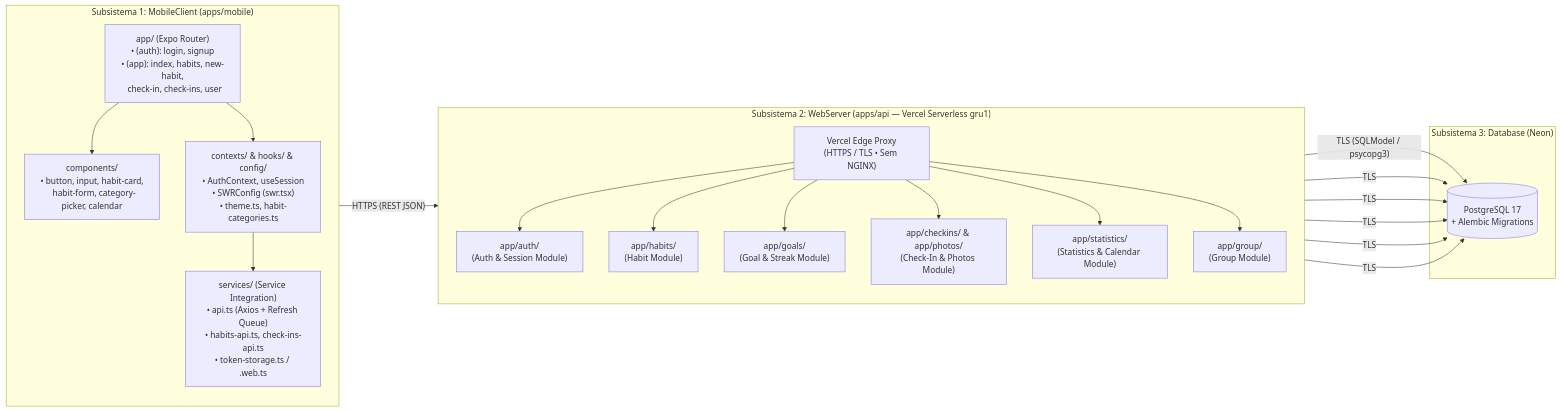
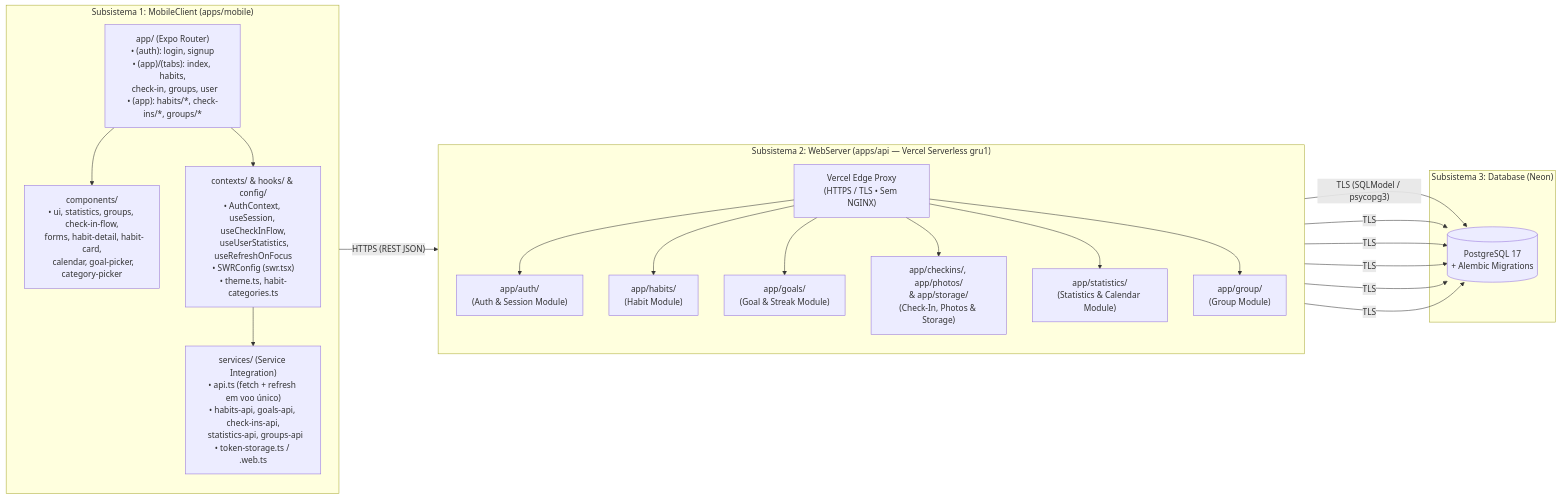
One commit to FGA0138-MDS-Ajax/2026.2-T02-Shannon changed the second of 2 diagrams in docs/arquitetura/visoes-uso-logica.md. Above: the diagram before and after it, drawn with Mermaid. The commit also changed other lines of this file and 5 other files, not shown here.

Commit message:
docs(mobile): arquitetura do mobile, cliente fetch no lugar do Axios e estrutura atual de telas

````diff
--- a/docs/arquitetura/visoes-uso-logica.md
+++ b/docs/arquitetura/visoes-uso-logica.md
@@ -64,44 +64,44 @@
 ```mermaid
 flowchart LR
     subgraph MobileClient["Subsistema 1: MobileClient (apps/mobile)"]
         direction TB
-        AppRoutes["app/ (Expo Router)\n• (auth): login, signup\n• (app): index, habits, new-habit,\n  check-in, check-ins, user"]
-        Comp["components/\n• button, input, habit-card,\n  habit-form, category-picker, calendar"]
-        HooksCtx["contexts/ & hooks/ & config/\n• AuthContext, useSession\n• SWRConfig (swr.tsx)\n• theme.ts, habit-categories.ts"]
-        Services["services/ (Service Integration)\n• api.ts (Axios + Refresh Queue)\n• habits-api.ts, check-ins-api.ts\n• token-storage.ts / .web.ts"]
+        AppRoutes["app/ (Expo Router)\n• (auth): login, signup\n• (app)/(tabs): index, habits,\n  check-in, groups, user\n• (app): habits/*, check-ins/*, groups/*"]
+        Comp["components/\n• ui, statistics, groups, check-in-flow,\n  forms, habit-detail, habit-card,\n  calendar, goal-picker, category-picker"]
+        HooksCtx["contexts/ & hooks/ & config/\n• AuthContext, useSession, useCheckInFlow,\n  useUserStatistics, useRefreshOnFocus\n• SWRConfig (swr.tsx)\n• theme.ts, habit-categories.ts"]
+        Services["services/ (Service Integration)\n• api.ts (fetch + refresh em voo único)\n• habits-api, goals-api, check-ins-api,\n  statistics-api, groups-api\n• token-storage.ts / .web.ts"]
 
         AppRoutes --> Comp
         AppRoutes --> HooksCtx
         HooksCtx --> Services
     end
 
     subgraph WebServer["Subsistema 2: WebServer (apps/api — Vercel Serverless gru1)"]
         direction TB
         Edge["Vercel Edge Proxy\n(HTTPS / TLS • Sem NGINX)"]
         AuthM["app/auth/\n(Auth & Session Module)"]
         HabitM["app/habits/\n(Habit Module)"]
         GoalM["app/goals/\n(Goal & Streak Module)"]
-        CheckInM["app/checkins/ & app/photos/\n(Check-In & Photos Module)"]
+        CheckInM["app/checkins/, app/photos/\n& app/storage/\n(Check-In, Photos & Storage)"]
         StatM["app/statistics/\n(Statistics & Calendar Module)"]
         GroupM["app/group/\n(Group Module)"]
 
         Edge --> AuthM
         Edge --> HabitM
         Edge --> GoalM
         Edge --> CheckInM
         Edge --> StatM
         Edge --> GroupM
     end
 
     subgraph Database["Subsistema 3: Database (Neon)"]
         PG[("PostgreSQL 17\n+ Alembic Migrations")]
     end
 
     Services -->|"HTTPS (REST JSON)"| Edge
     AuthM -->|"TLS (SQLModel / psycopg3)"| PG
     HabitM -->|"TLS"| PG
     GoalM -->|"TLS"| PG
     CheckInM -->|"TLS"| PG
     StatM -->|"TLS"| PG
     GroupM -->|"TLS"| PG
 ```
````
